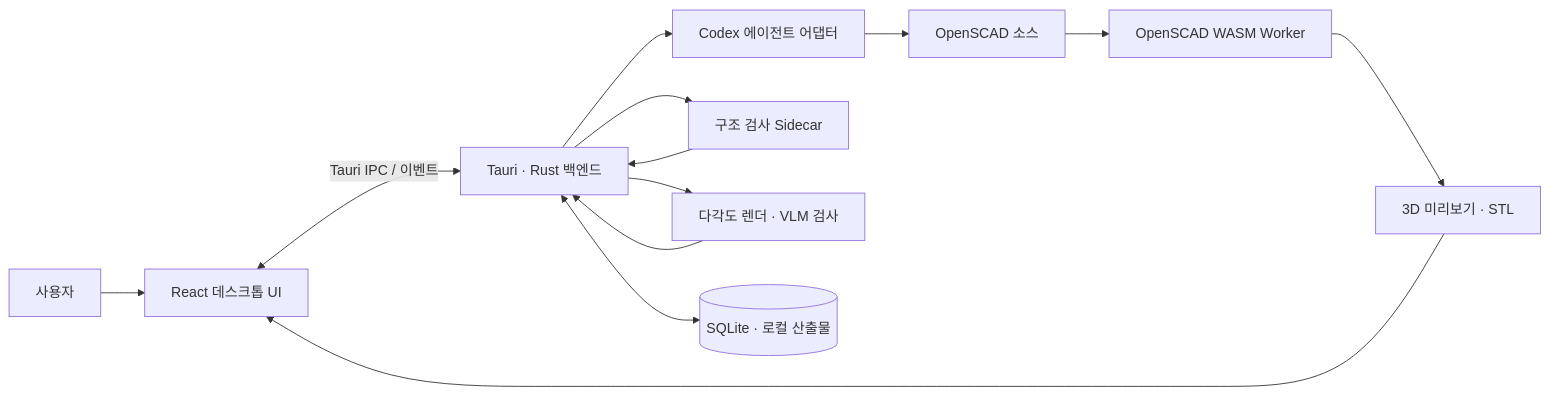
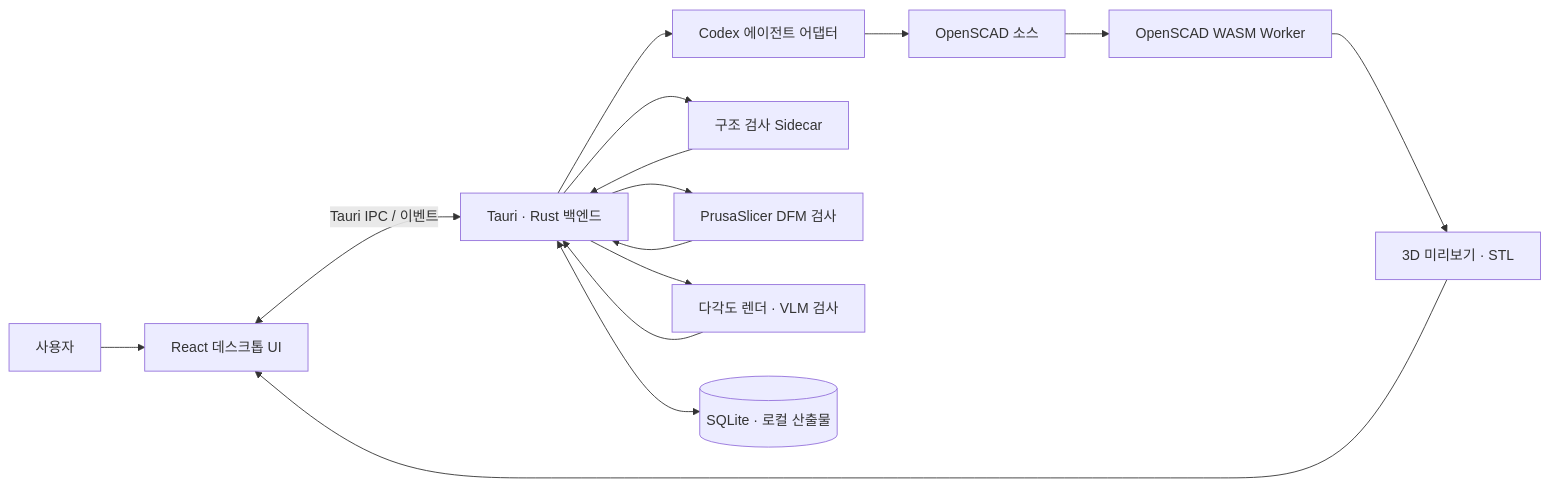
Before and after one commit to PNU-2026-AI-Hackathon/pnuai-c-04-individualstartup: the first of 2 diagrams in README.md, drawn with Mermaid. The commit also changed other lines of this file and 1 other file, not shown here.

Commit message:
docs(dfm): document validation workflow

````diff
--- a/README.md
+++ b/README.md
@@ -55,15 +55,17 @@
 ```mermaid
 flowchart LR
     U[사용자] --> UI[React 데스크톱 UI]
     UI <-->|Tauri IPC / 이벤트| BE[Tauri · Rust 백엔드]
     BE --> AG[Codex 에이전트 어댑터]
     AG --> CAD[OpenSCAD 소스]
     CAD --> WASM[OpenSCAD WASM Worker]
     WASM --> PREVIEW[3D 미리보기 · STL]
     BE --> STRUCT[구조 검사 Sidecar]
+    BE --> DFM[PrusaSlicer DFM 검사]
     BE --> VLM[다각도 렌더 · VLM 검사]
     BE <--> DB[(SQLite · 로컬 산출물)]
     PREVIEW --> UI
     STRUCT --> BE
+    DFM --> BE
     VLM --> BE
 ```
````
